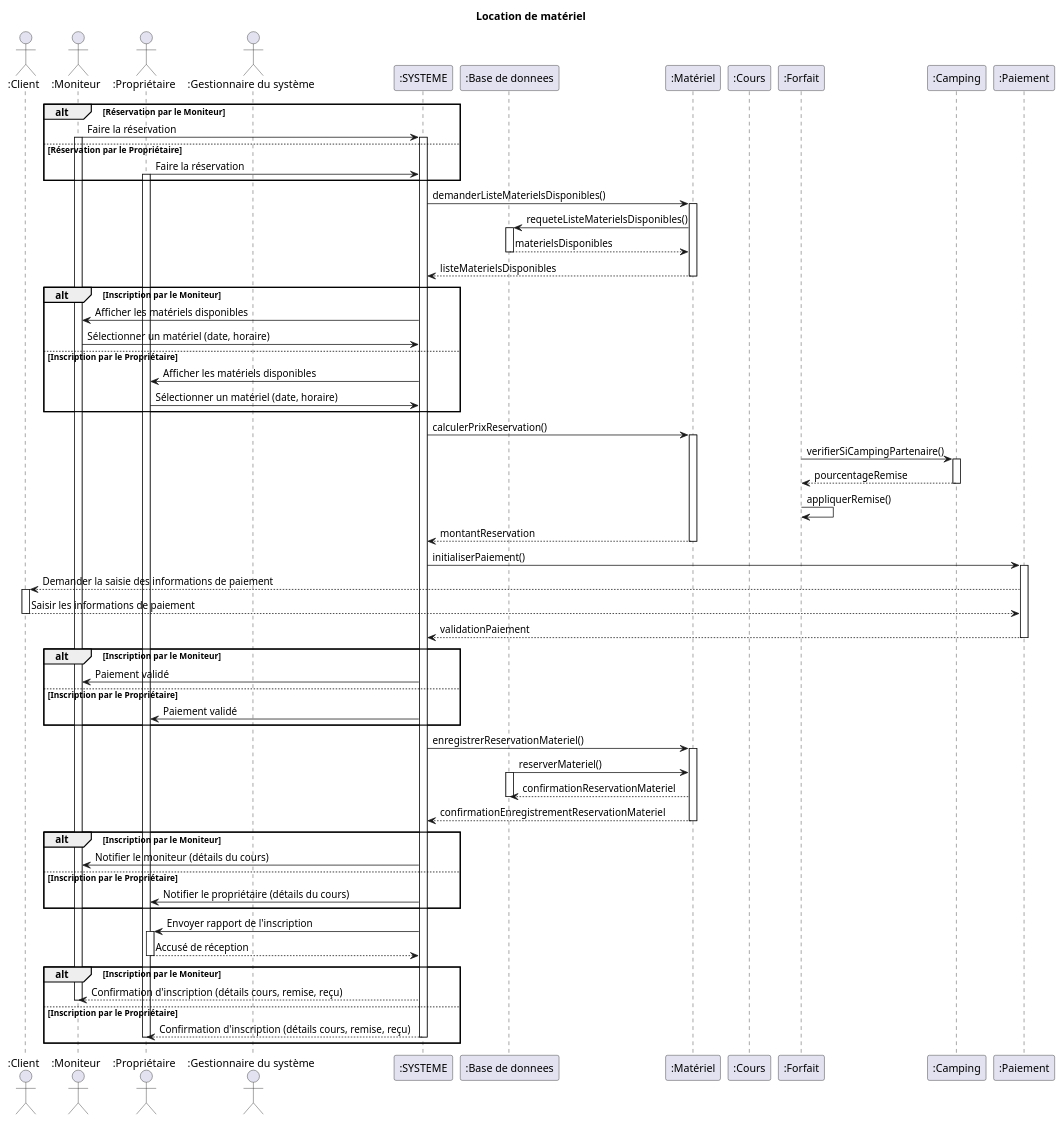
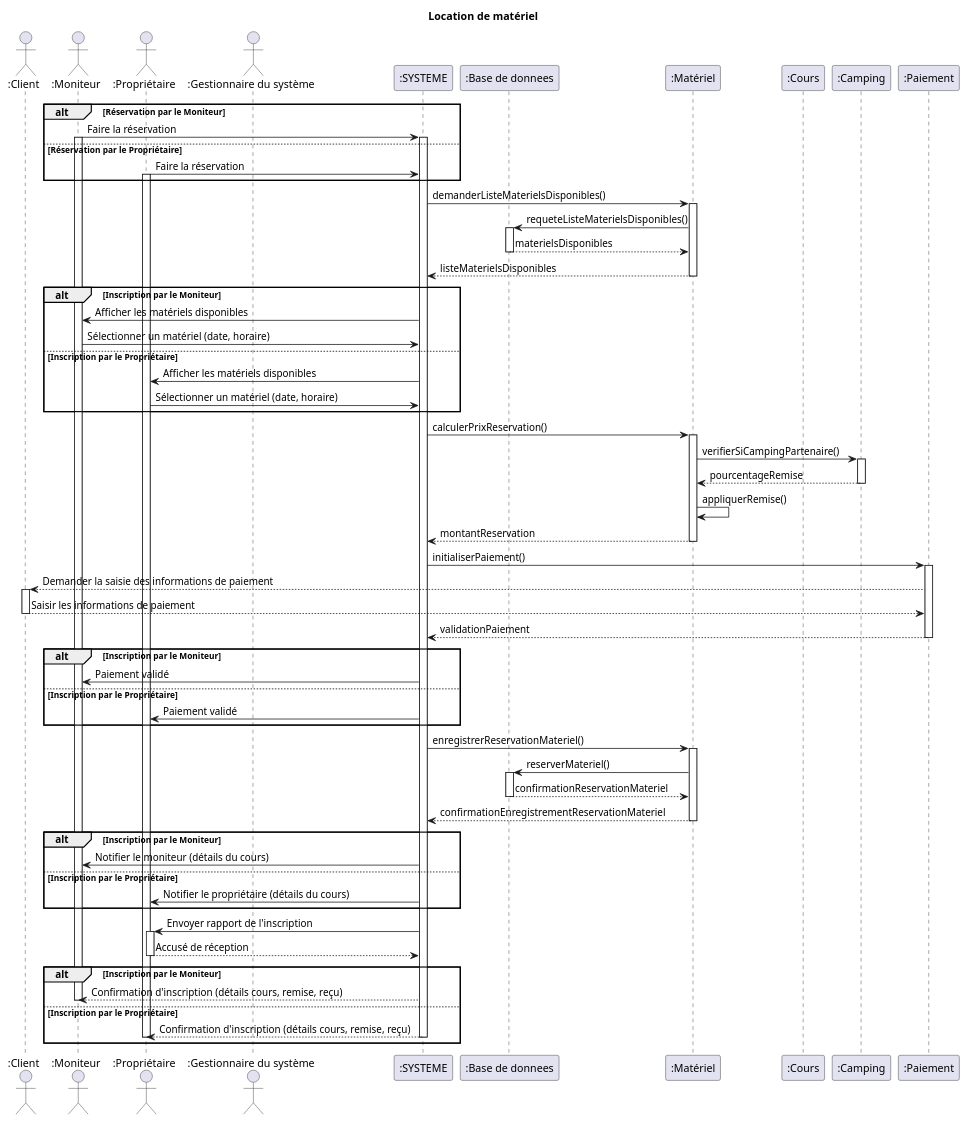
One commit to Hugo-COLLIN/MIAGE_CSI_NauticalClub changed the diagram in docs/1-analysis/sequenceDiagrams/locationRegistrationSequenceDiagram.puml. Above: the diagram before and after it, drawn with PlantUML.

Commit message:
docs: fix errors

```diff
--- a/docs/1-analysis/sequenceDiagrams/locationRegistrationSequenceDiagram.puml
+++ b/docs/1-analysis/sequenceDiagrams/locationRegistrationSequenceDiagram.puml
@@ -1,99 +1,98 @@
 @startuml
 actor ":Client" as C
 actor ":Moniteur" as M
 actor ":Propriétaire" as P
 actor ":Gestionnaire du système" as A
 participant ":SYSTEME" as App
 participant ":Base de donnees" as DB
 participant ":Matériel" as Mat
 participant ":Cours" as Cour
-participant ":Forfait" as Forf
 participant ":Camping" as Camp
 participant ":Paiement" as Pay
 
 title Location de matériel
 
 alt Réservation par le Moniteur
     M -> App : Faire la réservation
     activate M
     activate App
 else Réservation par le Propriétaire
     P -> App : Faire la réservation
     activate P
 end
 
 activate App
 
 App -> Mat : demanderListeMaterielsDisponibles()
 activate Mat
 Mat -> DB : requeteListeMaterielsDisponibles()
 activate DB
 DB --> Mat : materielsDisponibles
 deactivate DB
 Mat --> App : listeMaterielsDisponibles
 deactivate Mat
 
 alt Inscription par le Moniteur
     App -> M : Afficher les matériels disponibles
     M -> App : Sélectionner un matériel (date, horaire)
 else Inscription par le Propriétaire
     App -> P : Afficher les matériels disponibles
     P -> App : Sélectionner un matériel (date, horaire)
 end
 
 App -> Mat : calculerPrixReservation()
 activate Mat
 
-Forf -> Camp : verifierSiCampingPartenaire()
+Mat -> Camp : verifierSiCampingPartenaire()
 activate Camp
-Camp --> Forf : pourcentageRemise
+Camp --> Mat : pourcentageRemise
 deactivate Camp
-Forf -> Forf : appliquerRemise()
+Mat -> Mat : appliquerRemise()
 
 Mat --> App : montantReservation
 deactivate Mat
 
 App -> Pay : initialiserPaiement()
 activate Pay
 Pay --> C : Demander la saisie des informations de paiement
 activate C
 C --> Pay : Saisir les informations de paiement
 deactivate C
 Pay --> App : validationPaiement
 deactivate Pay
 
 alt Inscription par le Moniteur
     App -> M : Paiement validé
 else Inscription par le Propriétaire
     App -> P : Paiement validé
 end
 
 App -> Mat : enregistrerReservationMateriel()
 activate Mat
-DB -> Mat : reserverMateriel()
+DB <- Mat : reserverMateriel()
 activate DB
-Mat --> DB : confirmationReservationMateriel
+Mat <-- DB : confirmationReservationMateriel
 deactivate DB
 Mat --> App : confirmationEnregistrementReservationMateriel
 deactivate Mat
 
 alt Inscription par le Moniteur
     App -> M : Notifier le moniteur (détails du cours)
 else Inscription par le Propriétaire
     App -> P : Notifier le propriétaire (détails du cours)
 end
 
 App -> P : Envoyer rapport de l'inscription
 activate P
 P --> App : Accusé de réception
 deactivate P
 
 alt Inscription par le Moniteur
     App --> M : Confirmation d'inscription (détails cours, remise, reçu)
     deactivate M
 else Inscription par le Propriétaire
     App --> P : Confirmation d'inscription (détails cours, remise, reçu)
     deactivate App
     deactivate P
 end
 @enduml
```
